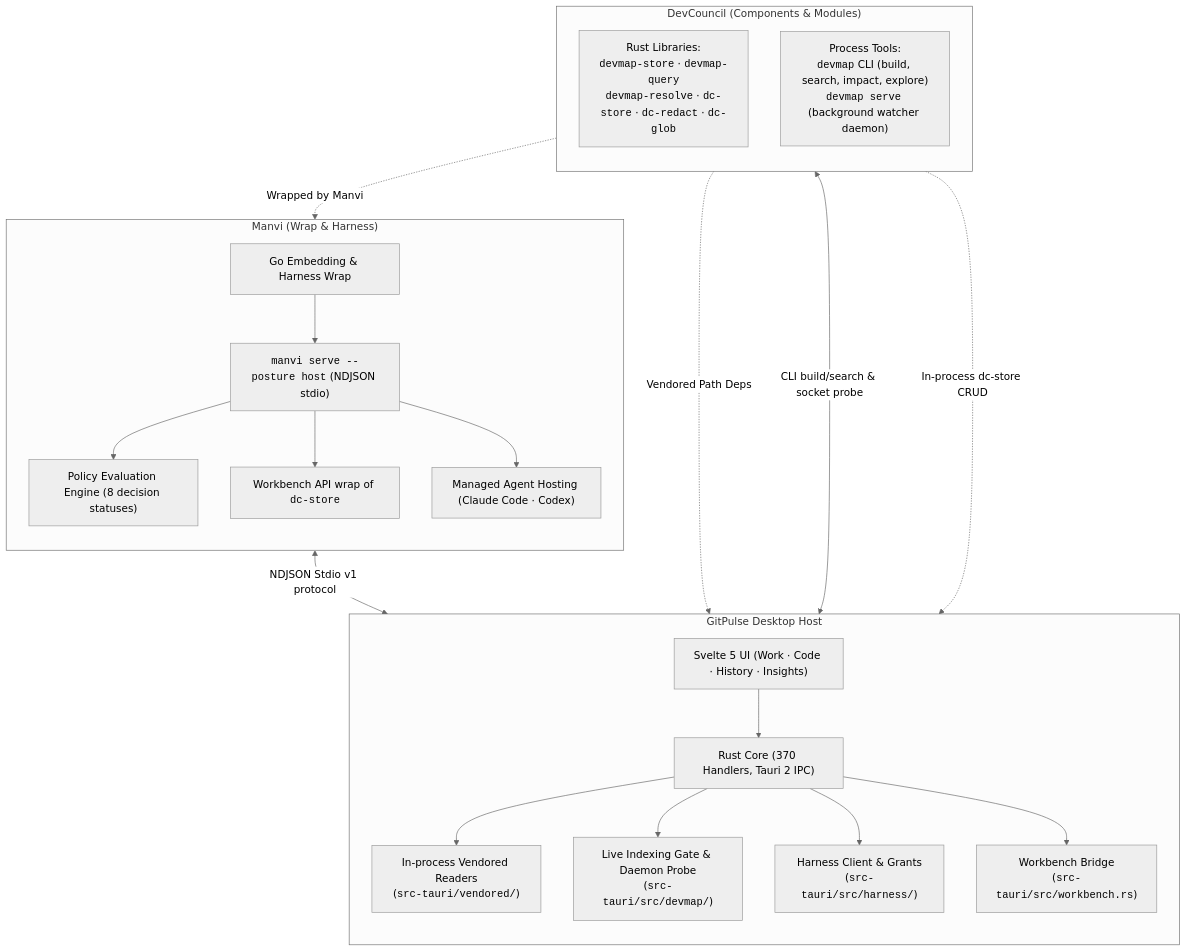
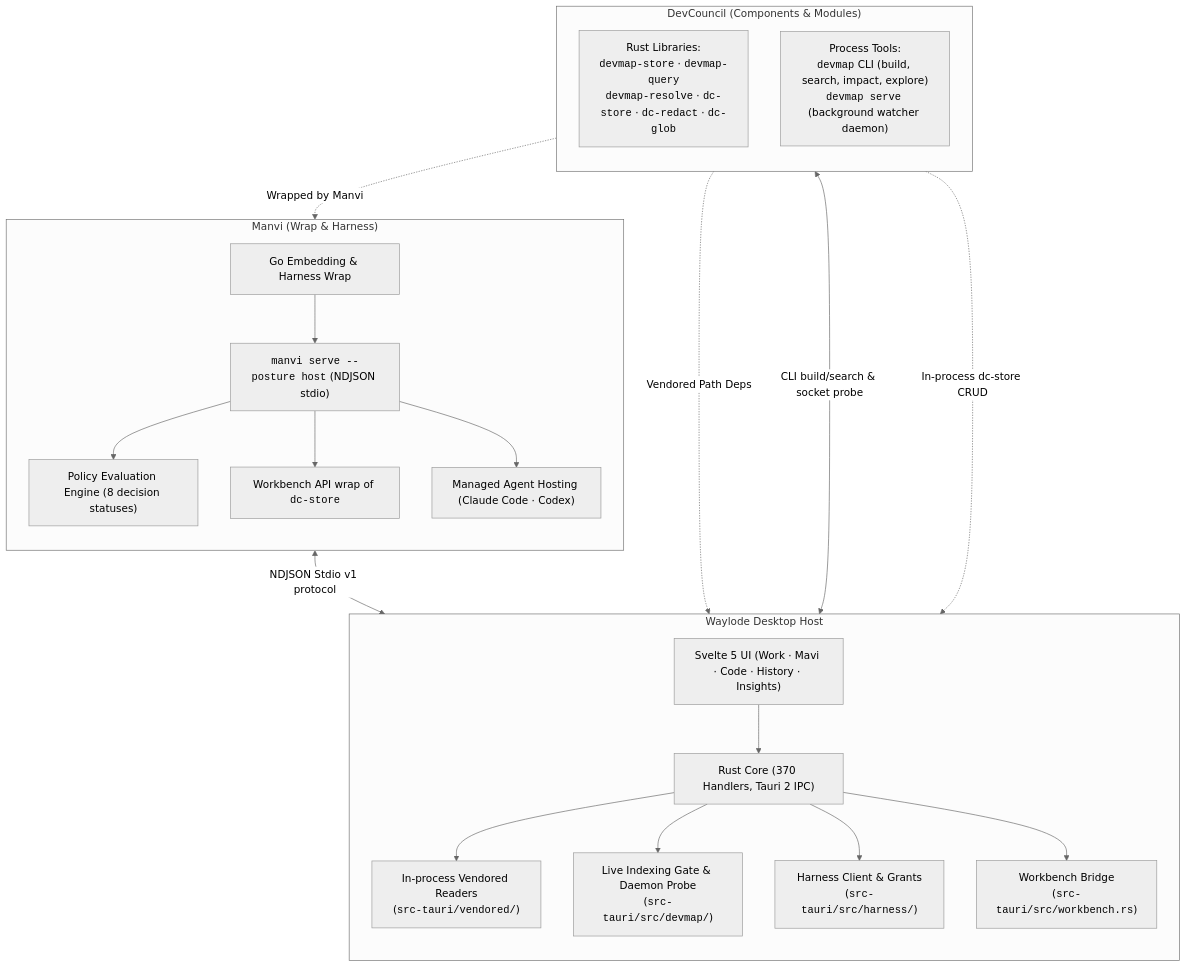
Before and after one commit to bharathvbcr/GitPulse: the first of 3 diagrams in docs/MODULE_INTEGRATION.md, drawn with Mermaid (neutral theme). The commit also changed other lines of this file and 57 other files, not shown here.

First line of the commit message:
docs,specs,src-tauri: align Waylode philosophy, specs 001-003, and host CLI preflight seam

````diff
--- a/docs/MODULE_INTEGRATION.md
+++ b/docs/MODULE_INTEGRATION.md
@@ -40,43 +40,43 @@
 ```mermaid
 flowchart TD
     subgraph DevCouncil["DevCouncil (Components & Modules)"]
         direction TB
         DCLibs["Rust Libraries:<br/><code>devmap-store</code> · <code>devmap-query</code><br/><code>devmap-resolve</code> · <code>dc-store</code> · <code>dc-redact</code> · <code>dc-glob</code>"]
         DCCLI["Process Tools:<br/><code>devmap</code> CLI (build, search, impact, explore)<br/><code>devmap serve</code> (background watcher daemon)"]
     end
 
     subgraph Manvi["Manvi (Wrap & Harness)"]
         direction TB
         ManviWrap["Go Embedding & Harness Wrap"]
         ManviSidecar["<code>manvi serve --posture host</code> (NDJSON stdio)"]
         ManviPolicy["Policy Evaluation Engine (8 decision statuses)"]
         ManviWorkbench["Workbench API wrap of <code>dc-store</code>"]
         ManviAgents["Managed Agent Hosting (Claude Code · Codex)"]
         ManviWrap --> ManviSidecar
         ManviSidecar --> ManviPolicy
         ManviSidecar --> ManviWorkbench
         ManviSidecar --> ManviAgents
     end
 
-    subgraph GitPulseHost["GitPulse Desktop Host"]
+    subgraph WaylodeHost["Waylode Desktop Host"]
         direction TB
-        UIHost["Svelte 5 UI (Work · Code · History · Insights)"]
+        UIHost["Svelte 5 UI (Work · Mavi · Code · History · Insights)"]
         RustIPC["Rust Core (370 Handlers, Tauri 2 IPC)"]
         InProcessReaders["In-process Vendored Readers<br/>(<code>src-tauri/vendored/</code>)"]
         CLIGate["Live Indexing Gate & Daemon Probe<br/>(<code>src-tauri/src/devmap/</code>)"]
         HarnessClient["Harness Client & Grants<br/>(<code>src-tauri/src/harness/</code>)"]
         WorkbenchCmd["Workbench Bridge<br/>(<code>src-tauri/src/workbench.rs</code>)"]
 
         UIHost --> RustIPC
         RustIPC --> InProcessReaders
         RustIPC --> CLIGate
         RustIPC --> HarnessClient
         RustIPC --> WorkbenchCmd
     end
 
     DCLibs -.->|Vendored Path Deps| InProcessReaders
     DCCLI <-->|CLI build/search & socket probe| CLIGate
     DCLibs -.->|Wrapped by Manvi| ManviWorkbench
     ManviSidecar <-->|NDJSON Stdio v1 protocol| HarnessClient
     DCLibs -.->|In-process dc-store CRUD| WorkbenchCmd
 ```
````
